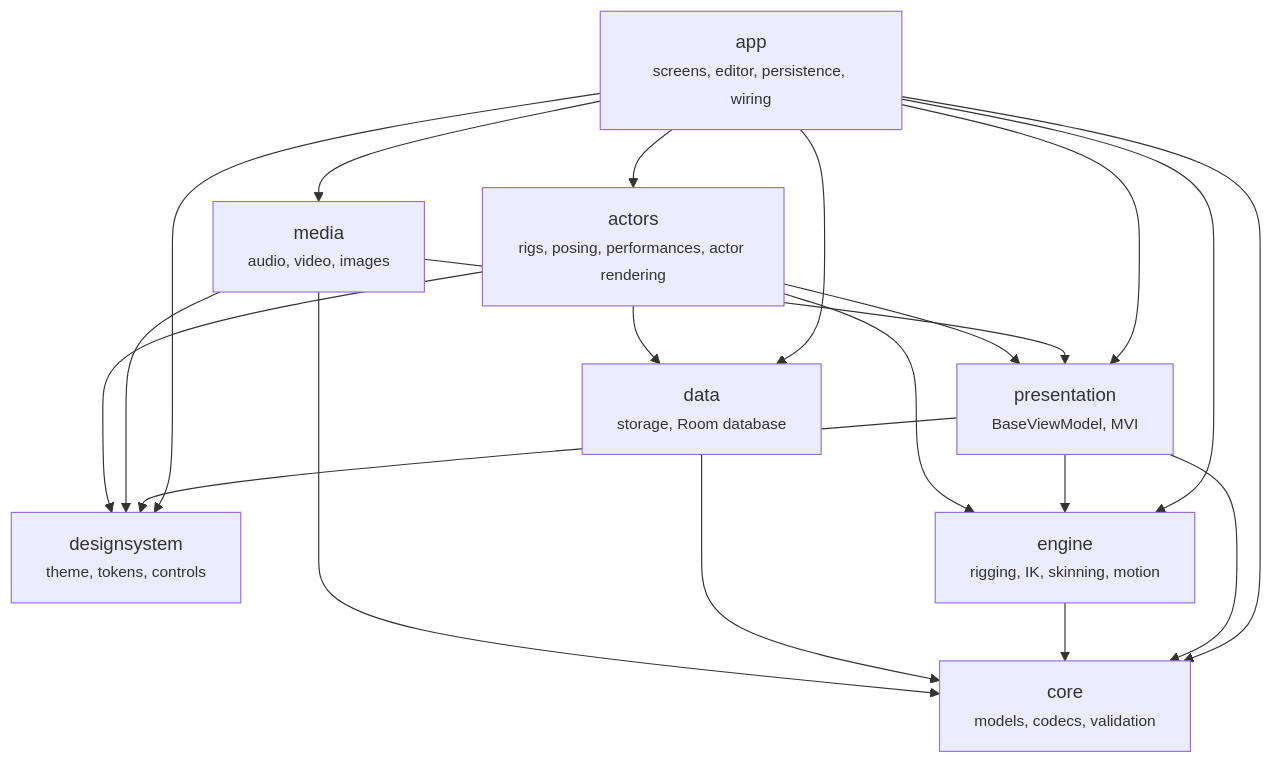
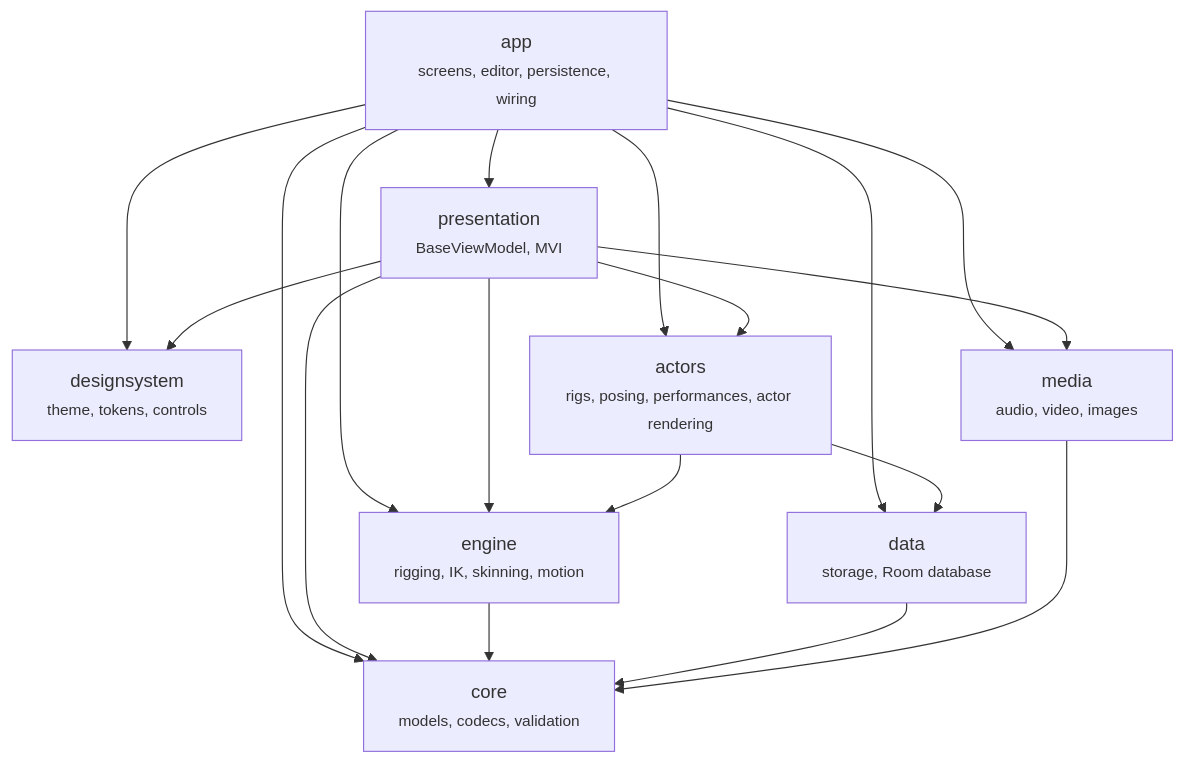
Before and after one commit to DonnC/kinetiframe: the first of 5 diagrams in docs/architecture/README.md, drawn with Mermaid. The commit also changed other lines of this file and 164 other files, not shown here.

````diff
--- a/docs/architecture/README.md
+++ b/docs/architecture/README.md
@@ -9,31 +9,29 @@
 ```mermaid
 flowchart TD
     app["app<br/><small>screens, editor, persistence, wiring</small>"]
     presentation["presentation<br/><small>BaseViewModel, MVI</small>"]
     designsystem["designsystem<br/><small>theme, tokens, controls</small>"]
     engine["engine<br/><small>rigging, IK, skinning, motion</small>"]
     data["data<br/><small>storage, Room database</small>"]
     media["media<br/><small>audio, video, images</small>"]
     actors["actors<br/><small>rigs, posing, performances, actor rendering</small>"]
     core["core<br/><small>models, codecs, validation</small>"]
 
     app --> presentation
     app --> designsystem
     app --> engine
     app --> data
     app --> media
     app --> actors
     app --> core
+    presentation --> media
+    presentation --> actors
     presentation --> designsystem
     presentation --> engine
     presentation --> core
     engine --> core
     data --> core
-    media --> presentation
-    media --> designsystem
     media --> core
     actors --> engine
     actors --> data
-    actors --> presentation
-    actors --> designsystem
 ```
````
